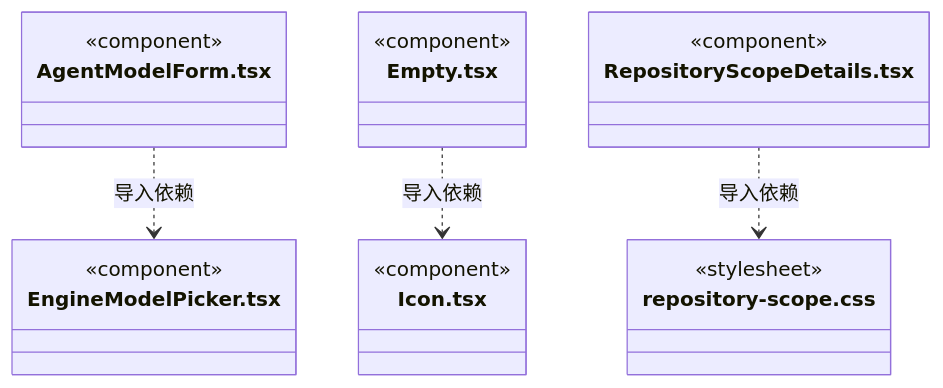
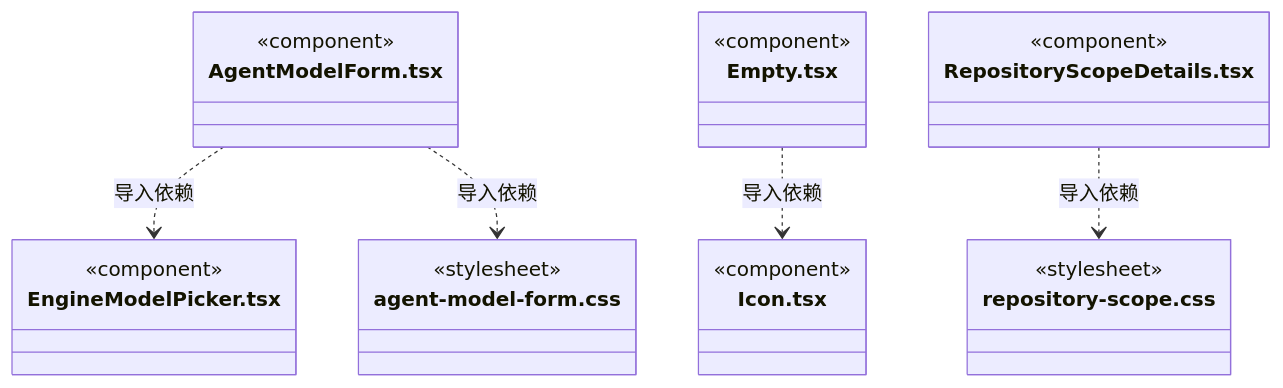
Diagram 11 of 11 in src/view/components/ARCHITECTURE.md (nan023062/cbim), drawn with Mermaid before and after one commit. The commit also changed other lines of this file and 57 other files, not shown here.

````diff
--- a/src/view/components/ARCHITECTURE.md
+++ b/src/view/components/ARCHITECTURE.md
@@ -126,24 +136,28 @@
 ```mermaid
 classDiagram
 class N_src_view_components_AgentModelForm_tsx["AgentModelForm.tsx"] {
   <<component>>
 }
 class N_src_view_components_EngineModelPicker_tsx["EngineModelPicker.tsx"] {
   <<component>>
+}
+class N_src_view_components_agent_model_form_css["agent-model-form.css"] {
+  <<stylesheet>>
 }
 class N_src_view_components_Empty_tsx["Empty.tsx"] {
   <<component>>
 }
 class N_src_view_components_Icon_tsx["Icon.tsx"] {
   <<component>>
 }
 class N_src_view_components_RepositoryScopeDetails_tsx["RepositoryScopeDetails.tsx"] {
   <<component>>
 }
 class N_src_view_components_repository_scope_css["repository-scope.css"] {
   <<stylesheet>>
 }
 N_src_view_components_AgentModelForm_tsx ..> N_src_view_components_EngineModelPicker_tsx : 导入依赖
+N_src_view_components_AgentModelForm_tsx ..> N_src_view_components_agent_model_form_css : 导入依赖
 N_src_view_components_Empty_tsx ..> N_src_view_components_Icon_tsx : 导入依赖
 N_src_view_components_RepositoryScopeDetails_tsx ..> N_src_view_components_repository_scope_css : 导入依赖
 ```
````
